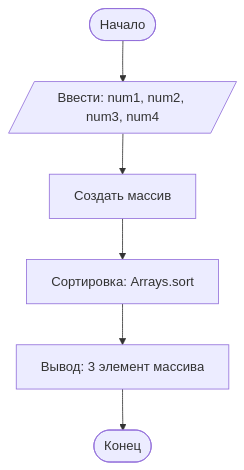
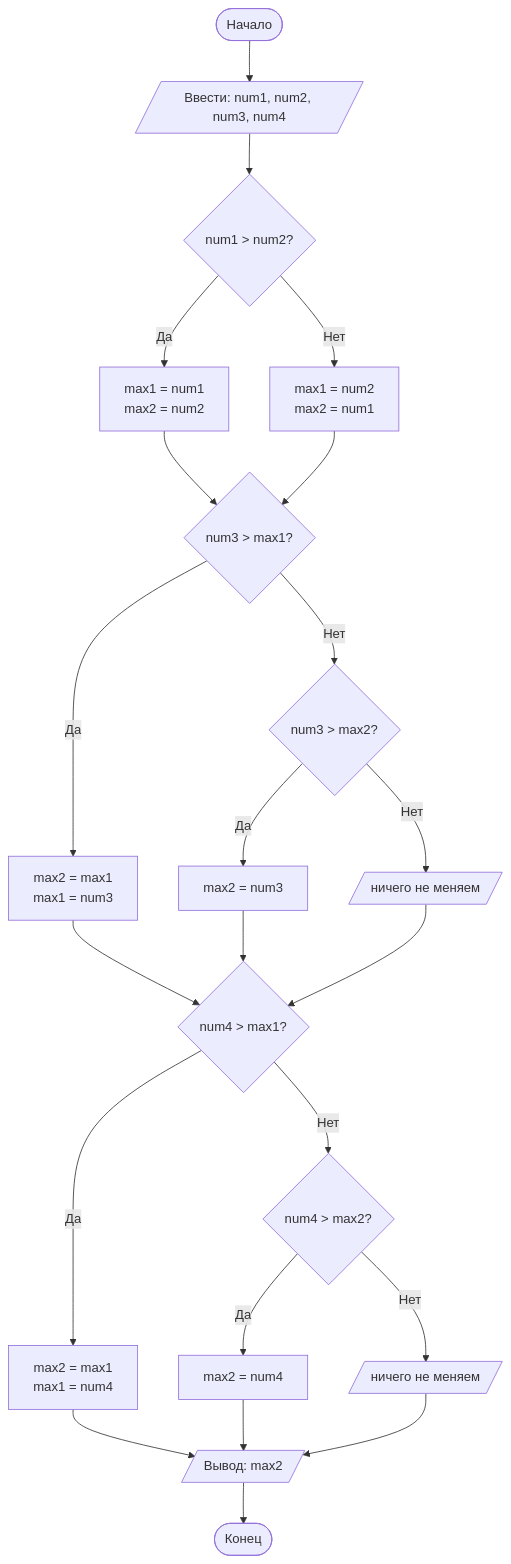
The diagram in README.md (chaitieffect/Lab1), drawn with Mermaid before and after one commit. The commit also changed other lines of this file, not shown here.

````diff
--- a/README.md
+++ b/README.md
@@ -61,9 +66,24 @@
 ```mermaid
 graph TD
     A([Начало]) --> B[/Ввести: num1, num2, num3, num4/]
-    B --> C[Создать массив]
-    C --> D[Сортировка: Arrays.sort]
-    D --> E[Вывод: 3 элемент массива]
-    E --> F([Конец])
-
+    B --> C{num1 > num2?}
+    C -->|Да| D[max1 = num1<br/>max2 = num2]
+    C -->|Нет| E[max1 = num2<br/>max2 = num1]
+    D --> F{num3 > max1?}
+    E --> F
+    F -->|Да| G[max2 = max1<br/>max1 = num3]
+    F -->|Нет| H{num3 > max2?}
+    H -->|Да| I[max2 = num3]
+    H -->|Нет| J[/ничего не меняем/]
+    G --> K{num4 > max1?}
+    I --> K
+    J --> K
+    K -->|Да| L[max2 = max1<br/>max1 = num4]
+    K -->|Нет| M{num4 > max2?}
+    M -->|Да| N[max2 = num4]
+    M -->|Нет| O[/ничего не меняем/]
+    L --> P[/Вывод: max2/]
+    N --> P
+    O --> P
+    P --> Q([Конец])
 ```
````
